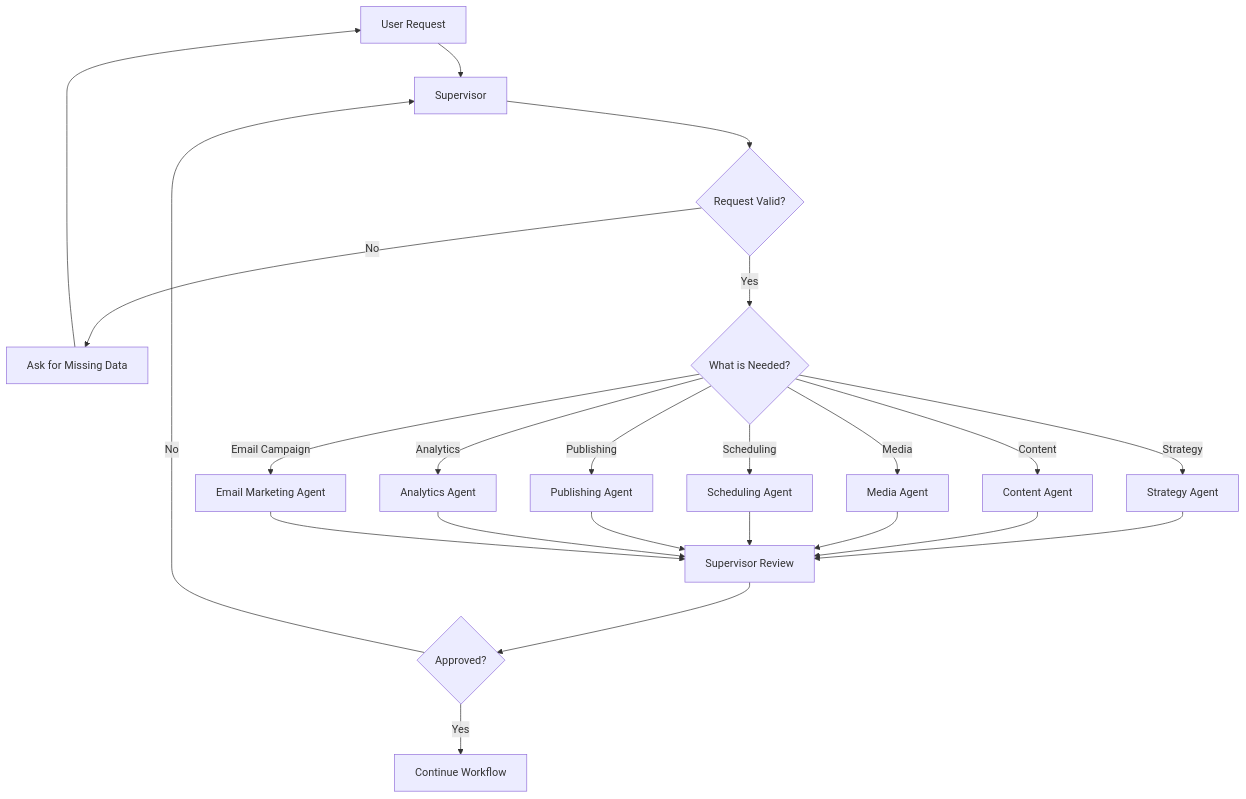
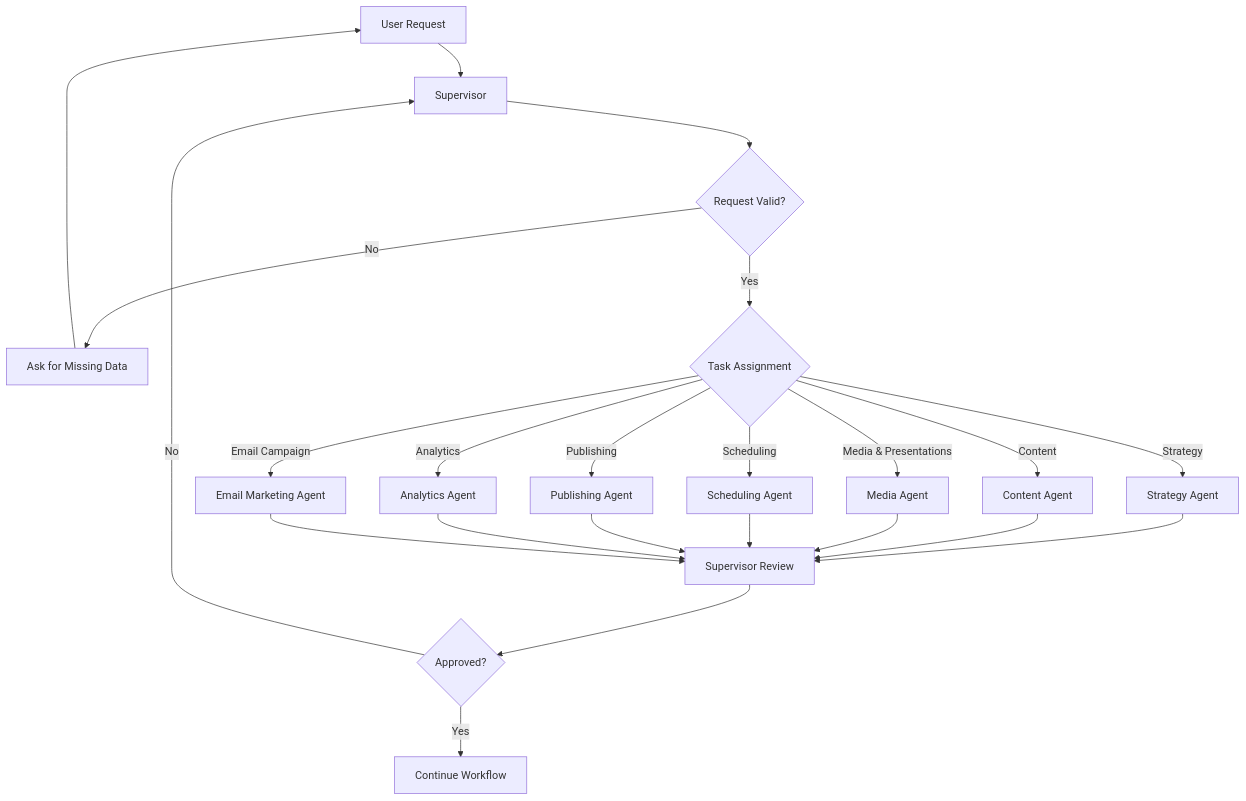
The third of 8 diagrams in README.md (mariembel21/nova-ai-marketing-agent), drawn with Mermaid before and after one commit. The commit also changed other lines of this file, not shown here.

Commit message:
Update README with campaign and content flow improvements

````diff
--- a/README.md
+++ b/README.md
@@ -72,30 +72,30 @@
 ```mermaid
 flowchart TD
   A[User Request] --> B[Supervisor]
   B --> C{Request Valid?}
 
   C -->|No| D[Ask for Missing Data]
   D --> A
 
-  C -->|Yes| E{What is Needed?}
+  C -->|Yes| E{Task Assignment}
 
   E -->|Strategy| F[Strategy Agent]
   E -->|Content| G[Content Agent]
-  E -->|Media| H[Media Agent]
+  E -->|Media & Presentations| H[Media Agent]
   E -->|Scheduling| I[Scheduling Agent]
   E -->|Publishing| J[Publishing Agent]
   E -->|Analytics| K[Analytics Agent]
   E -->|Email Campaign| L[Email Marketing Agent]
 
   F --> M[Supervisor Review]
   G --> M
   H --> M
   I --> M
   J --> M
   K --> M
   L --> M
 
   M --> N{Approved?}
   N -->|No| B
   N -->|Yes| O[Continue Workflow]
 ```
````
